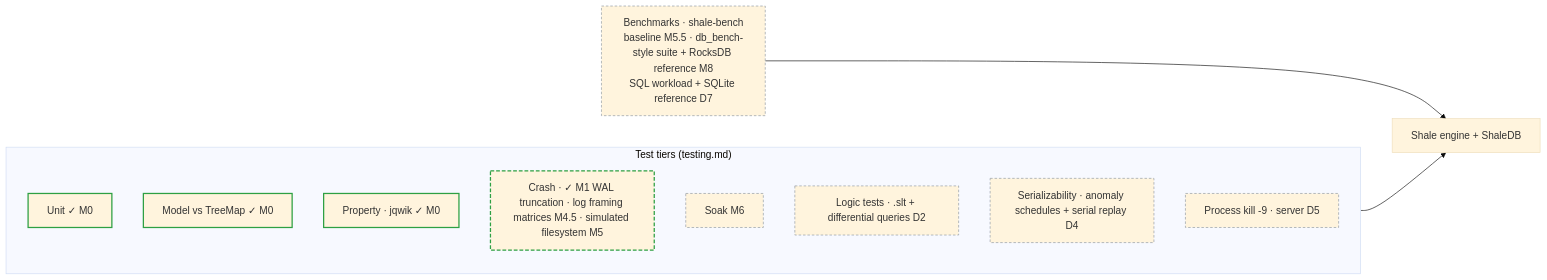
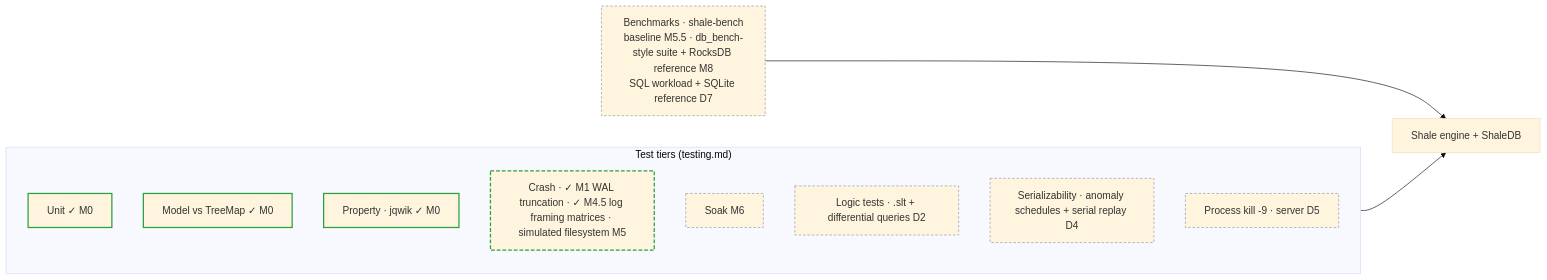
Before and after one commit to rahul-j0shi/shale: the fourth of 4 diagrams in documentation/architecture/project-scope.md, drawn with Mermaid (base theme). The commit also changed other lines of this file and 17 other files, not shown here.

````diff
--- a/documentation/architecture/project-scope.md
+++ b/documentation/architecture/project-scope.md
@@ -174,21 +174,21 @@
 ```mermaid
 flowchart LR
   subgraph tiers["Test tiers (testing.md)"]
     unit["Unit ✓ M0"]:::done
     modelt["Model vs TreeMap ✓ M0"]:::done
     prop["Property · jqwik ✓ M0"]:::done
-    crash["Crash · ✓ M1 WAL truncation · log framing matrices M4.5 · simulated filesystem M5"]:::part
+    crash["Crash · ✓ M1 WAL truncation · ✓ M4.5 log framing matrices · simulated filesystem M5"]:::part
     soak["Soak M6"]:::plan
     logic["Logic tests · .slt + differential queries D2"]:::plan
     serial["Serializability · anomaly schedules + serial replay D4"]:::plan
     kill["Process kill -9 · server D5"]:::plan
   end
   bench["Benchmarks · shale-bench<br/>baseline M5.5 · db_bench-style suite + RocksDB reference M8<br/>SQL workload + SQLite reference D7"]:::plan
   target["Shale engine + ShaleDB"]
   tiers --> target
   bench --> target
 
   classDef done stroke:#2ea043,stroke-width:2px;
   classDef part stroke:#2ea043,stroke-width:2px,stroke-dasharray:6 3;
   classDef plan stroke:#8b949e,stroke-width:1px,stroke-dasharray:4 3;
 ```
````
